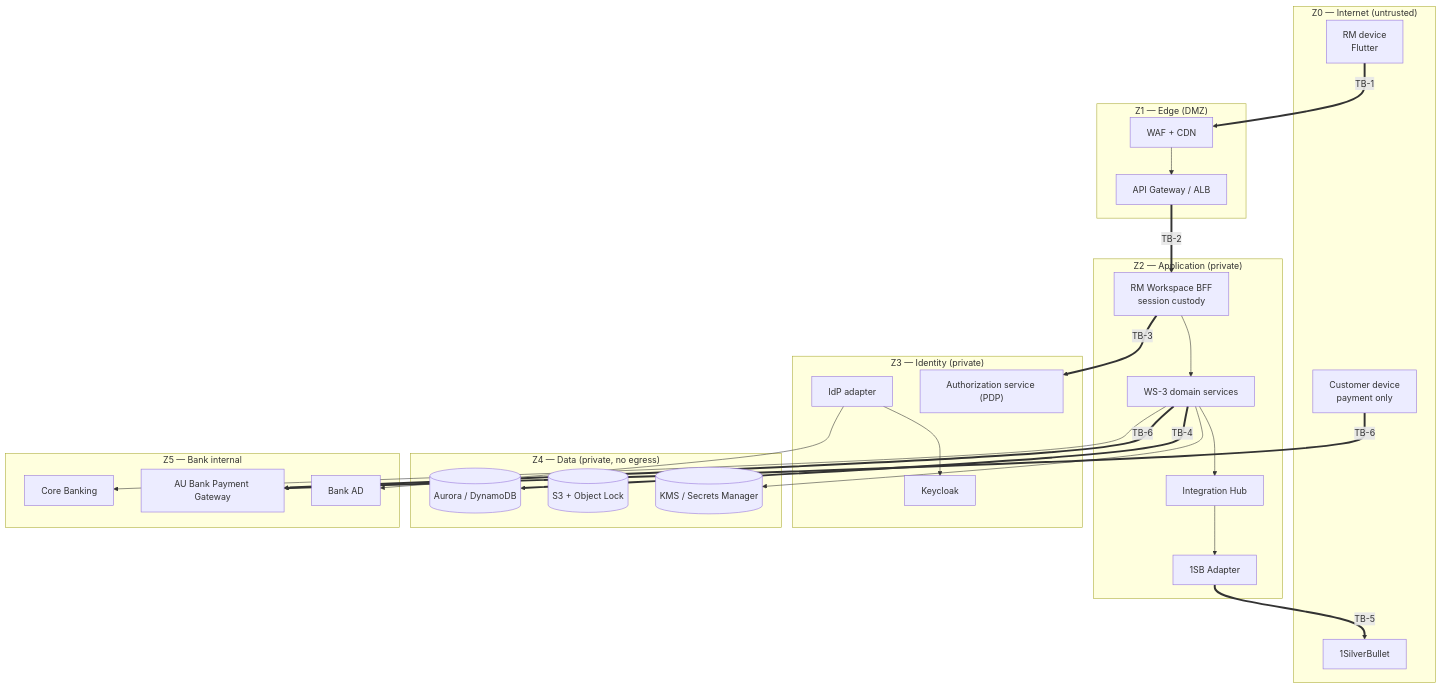
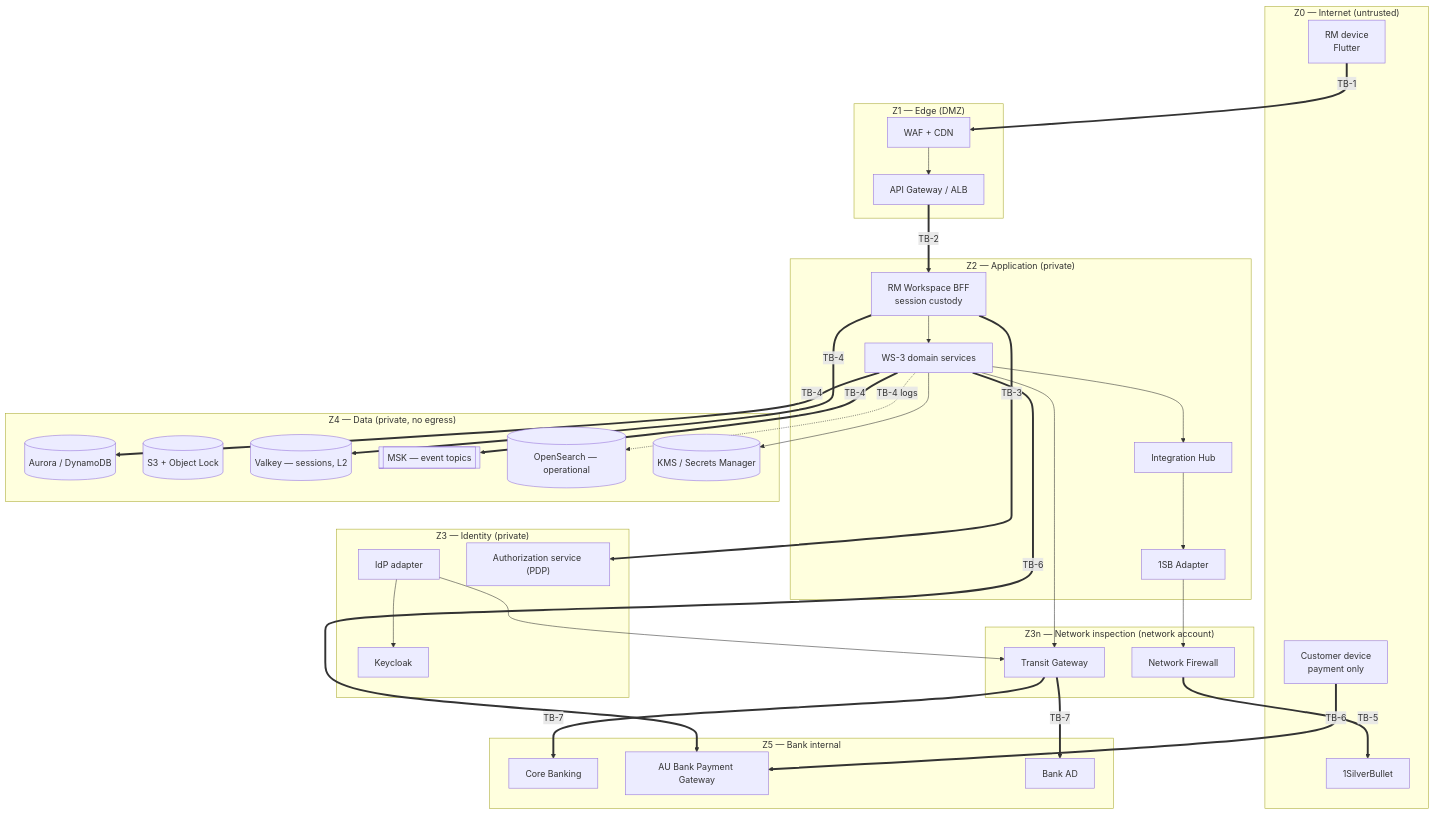
The diagram in docs/platform/ws3-platform/04-security-architecture.md (Mahesh38/bank-insurance-platform), drawn with Mermaid before and after one commit. The commit also changed other lines of this file and 4 other files, not shown here.

````diff
--- a/docs/platform/ws3-platform/04-security-architecture.md
+++ b/docs/platform/ws3-platform/04-security-architecture.md
@@ -45,51 +60,62 @@
 ```mermaid
 graph TB
     subgraph Z0["Z0 — Internet (untrusted)"]
         RM["RM device<br/>Flutter"]
         CUSTD["Customer device<br/>payment only"]
         SB["1SilverBullet"]
     end
 
     subgraph Z1["Z1 — Edge (DMZ)"]
         WAF["WAF + CDN"]
         GW["API Gateway / ALB"]
     end
 
     subgraph Z2["Z2 — Application (private)"]
         BFF["RM Workspace BFF<br/>session custody"]
         SVCS["WS-3 domain services"]
         HUB["Integration Hub"]
         ADPT["1SB Adapter"]
     end
 
     subgraph Z3["Z3 — Identity (private)"]
         IDPA["IdP adapter"]
         PDP["Authorization service (PDP)"]
         KC["Keycloak"]
     end
 
     subgraph Z4["Z4 — Data (private, no egress)"]
         DB[("Aurora / DynamoDB")]
         OBJ[("S3 + Object Lock")]
+        CACHE[("Valkey — sessions, L2")]
+        BUS[["MSK — event topics"]]
+        SRCH[("OpenSearch — operational")]
         KMS[("KMS / Secrets Manager")]
+    end
+
+    subgraph Z3N["Z3n — Network inspection (network account)"]
+        TGW["Transit Gateway"]
+        NFW["Network Firewall"]
     end
 
     subgraph Z5["Z5 — Bank internal"]
         CBS["Core Banking"]
         PGW["AU Bank Payment Gateway"]
         AD["Bank AD"]
     end
 
     RM ==>|"TB-1"| WAF
     CUSTD ==>|"TB-6"| PGW
     WAF --> GW ==>|"TB-2"| BFF
     BFF ==>|"TB-3"| PDP
     BFF --> SVCS
+    BFF ==>|"TB-4"| CACHE
     SVCS ==>|"TB-4"| DB
-    SVCS --> HUB --> ADPT ==>|"TB-5"| SB
+    SVCS ==>|"TB-4"| BUS
+    SVCS -.->|"TB-4 logs"| SRCH
+    SVCS --> HUB --> ADPT --> NFW ==>|"TB-5"| SB
     SVCS ==>|"TB-6"| PGW
-    SVCS --> CBS
-    IDPA --> AD
+    SVCS --> TGW ==>|"TB-7"| CBS
+    IDPA --> TGW ==>|"TB-7"| AD
     IDPA --> KC
     SVCS --> KMS
 ```
````
